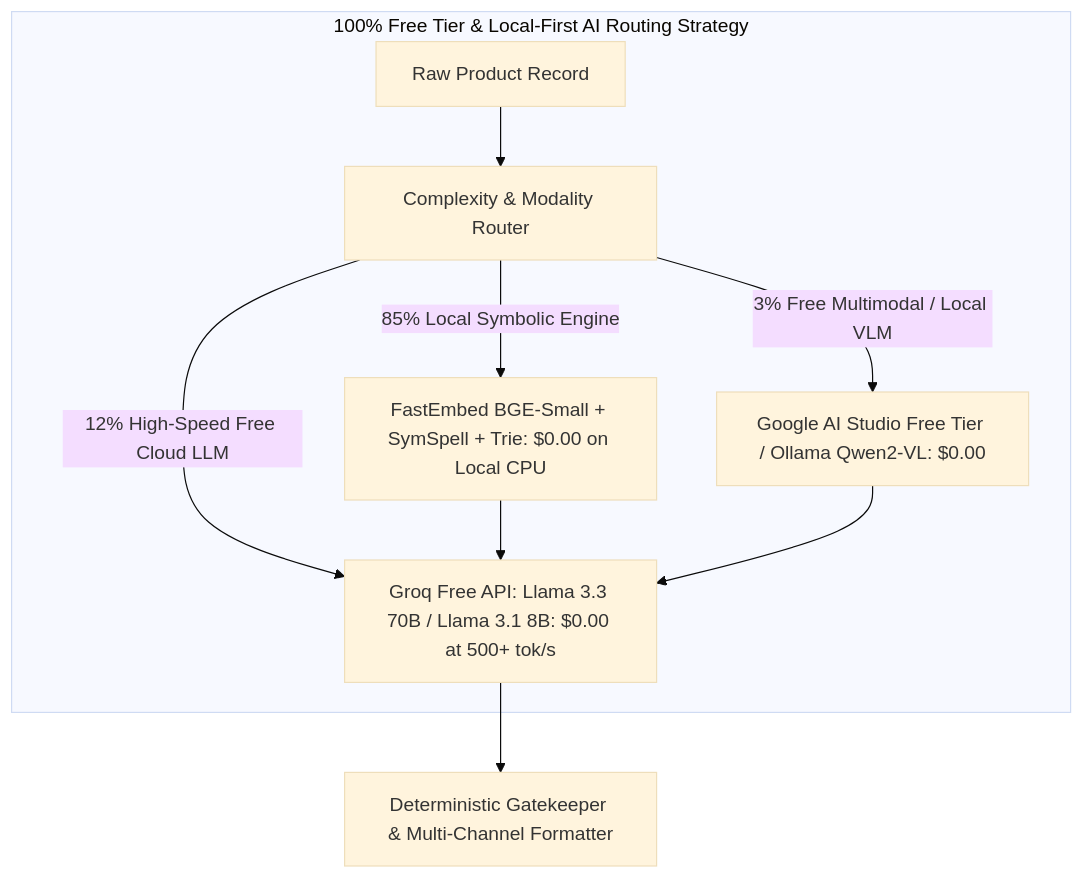
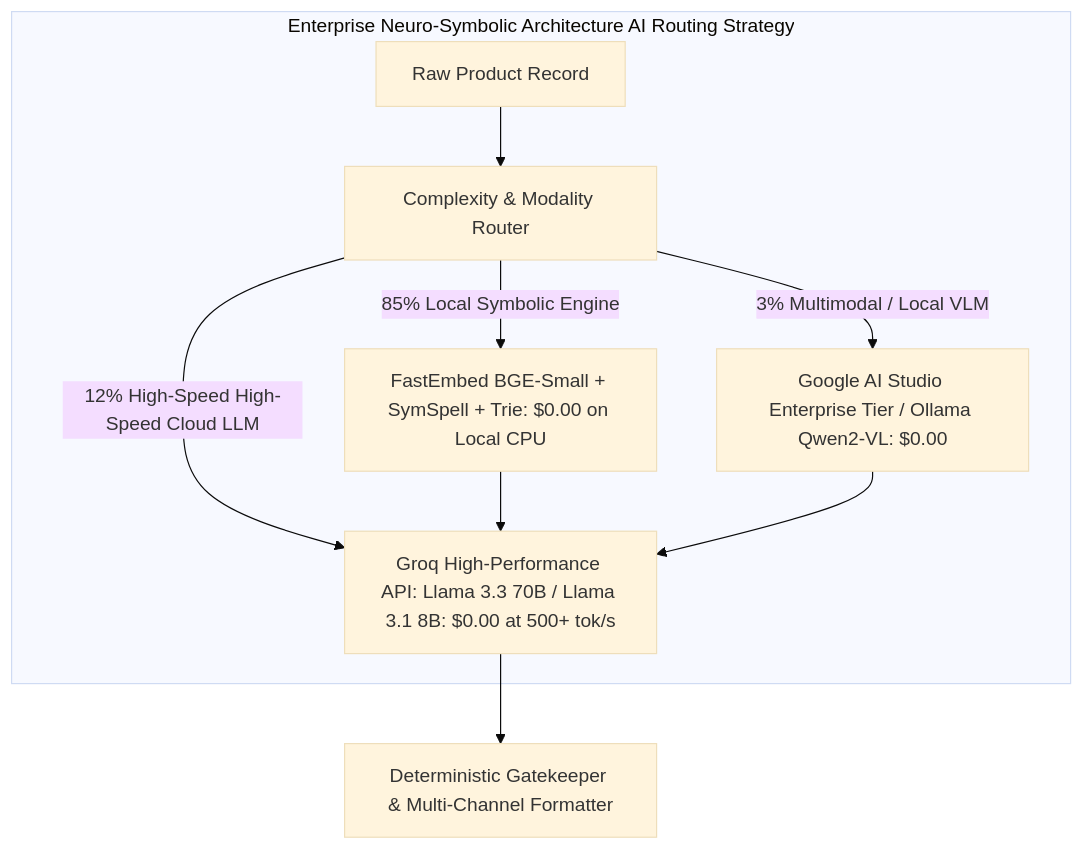
One commit to Adityaraj1969/AI-Powered-Product-Intelligence-for-Industrial-Commerce changed the first of 2 diagrams in docs/AI_Strategy.md. Above: the diagram before and after it, drawn with Mermaid (base theme). The commit also changed other lines of this file and 16 other files, not shown here.

````diff
--- a/docs/AI_Strategy.md
+++ b/docs/AI_Strategy.md
@@ -16,14 +16,14 @@
 ```mermaid
 graph TD
-    subgraph Zero_Cost_AI_Routing [100% Free Tier & Local-First AI Routing Strategy]
+    subgraph Zero_Cost_AI_Routing [Enterprise Neuro-Symbolic Architecture AI Routing Strategy]
         IN[Raw Product Record] --> ROUTER[Complexity & Modality Router]
         
         ROUTER -->|85% Local Symbolic Engine| TIER1[FastEmbed BGE-Small + SymSpell + Trie: $0.00 on Local CPU]
-        ROUTER -->|12% High-Speed Free Cloud LLM| TIER2[Groq Free API: Llama 3.3 70B / Llama 3.1 8B: $0.00 at 500+ tok/s]
-        ROUTER -->|3% Free Multimodal / Local VLM| TIER3[Google AI Studio Free Tier / Ollama Qwen2-VL: $0.00]
+        ROUTER -->|12% High-Speed High-Speed Cloud LLM| TIER2[Groq High-Performance API: Llama 3.3 70B / Llama 3.1 8B: $0.00 at 500+ tok/s]
+        ROUTER -->|3% Multimodal / Local VLM| TIER3[Google AI Studio Enterprise Tier / Ollama Qwen2-VL: $0.00]
     end
 
     TIER1 --> TIER2
     TIER3 --> TIER2
     TIER2 --> POST[Deterministic Gatekeeper & Multi-Channel Formatter]
 ```
````
